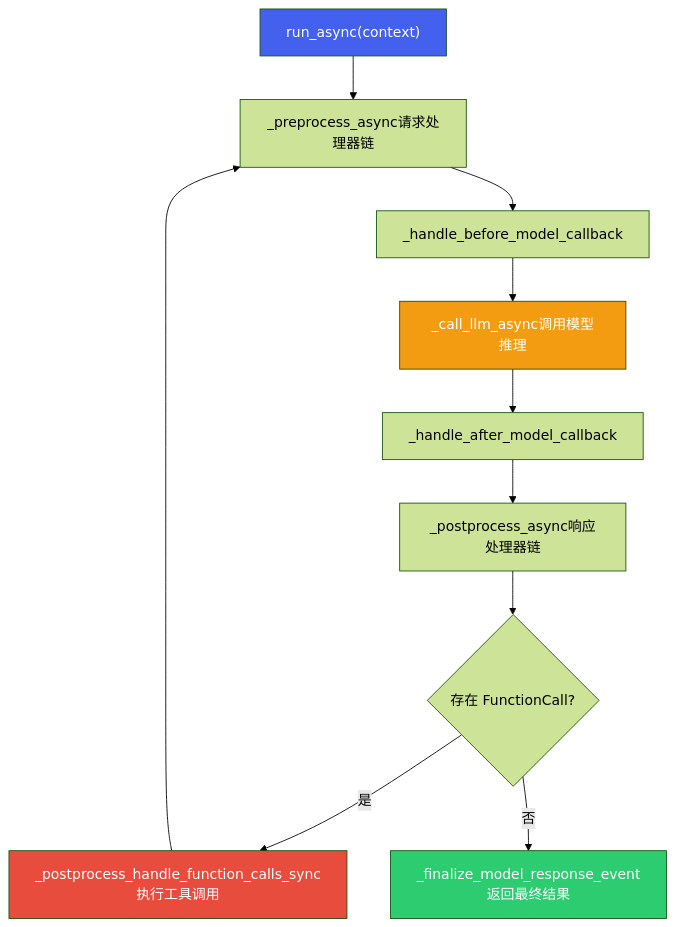
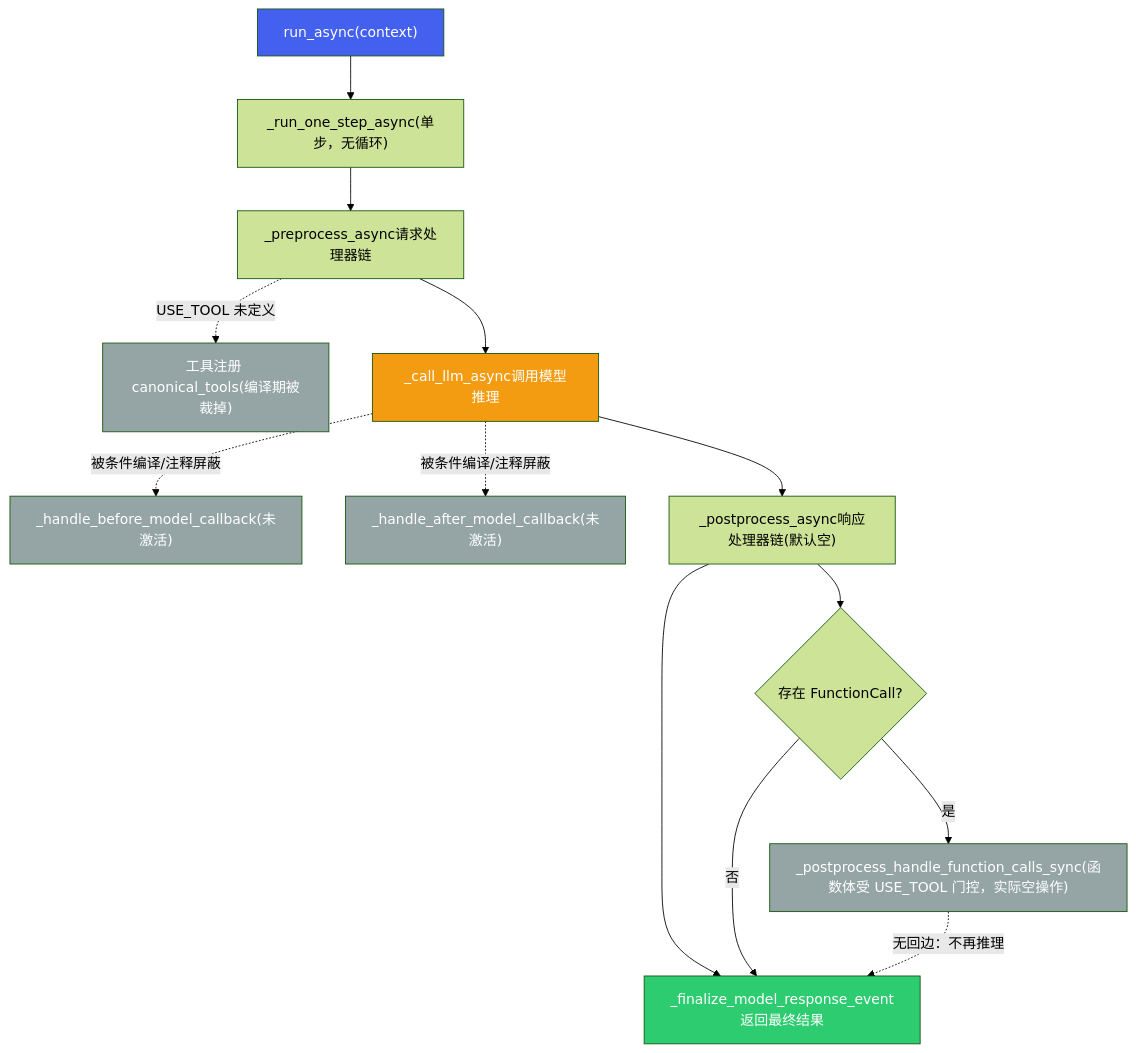
The eighth of 11 diagrams in cockpit/projects/agent-framework/agent-protocols.md (ranpin/edge-ai-docs), drawn with Mermaid (forest theme) before and after one commit. The commit also changed other lines of this file and 1 other file, not shown here.

First line of the commit message:
docs(agent-core+protocols): 第二轮专家修订 — 5 处与代码相反修正 + ModelScheduler 配置表

````diff
--- a/cockpit/projects/agent-framework/agent-protocols.md
+++ b/cockpit/projects/agent-framework/agent-protocols.md
@@ -343,17 +352,23 @@
 ```mermaid
 flowchart TD
-    START["run_async(context)"] --> PRE["_preprocess_async请求处理器链"]
-    PRE --> BM["_handle_before_model_callback"]
-    BM --> CALL["_call_llm_async调用模型推理"]
-    CALL --> AM["_handle_after_model_callback"]
-    AM --> POST["_postprocess_async响应处理器链"]
+    START["run_async(context)"] --> STEP["_run_one_step_async(单步，无循环)"]
+    STEP --> PRE["_preprocess_async请求处理器链"]
+    PRE -.->|"USE_TOOL 未定义"| TOOLREG["工具注册 canonical_tools(编译期被裁掉)"]
+    PRE --> CALL["_call_llm_async调用模型推理"]
+    CALL -.->|"被条件编译/注释屏蔽"| BM["_handle_before_model_callback(未激活)"]
+    CALL -.->|"被条件编译/注释屏蔽"| AM["_handle_after_model_callback(未激活)"]
+    CALL --> POST["_postprocess_async响应处理器链(默认空)"]
+    POST --> FIN["_finalize_model_response_event返回最终结果"]
     POST --> FC{"存在 FunctionCall?"}
-    FC -->|"是"| HANDLE["_postprocess_handle_function_calls_sync执行工具调用"]
-    HANDLE --> PRE
-    FC -->|"否"| FIN["_finalize_model_response_event返回最终结果"]
+    FC -->|"是"| HANDLE["_postprocess_handle_function_calls_sync(函数体受 USE_TOOL 门控，实际空操作)"]
+    FC -->|"否"| FIN
+    HANDLE -.->|"无回边：不再推理"| FIN
 
     style START fill:#4361ee,color:#fff
     style CALL fill:#f39c12,color:#fff
-    style HANDLE fill:#e74c3c,color:#fff
     style FIN fill:#2ecc71,color:#fff
+    style TOOLREG fill:#95a5a6,color:#fff
+    style BM fill:#95a5a6,color:#fff
+    style AM fill:#95a5a6,color:#fff
+    style HANDLE fill:#95a5a6,color:#fff
 ```
````
